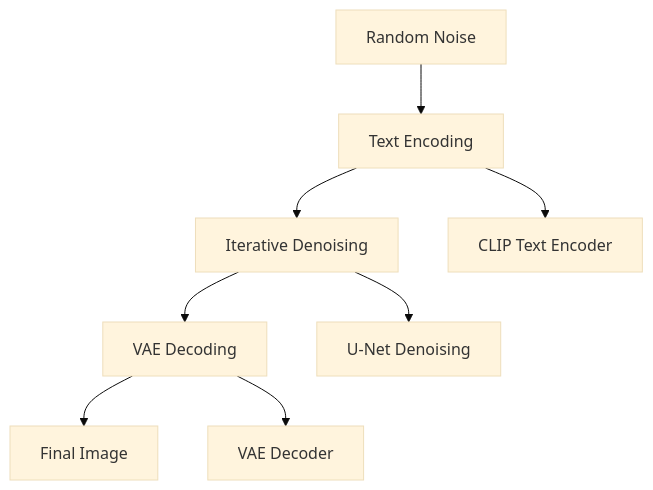
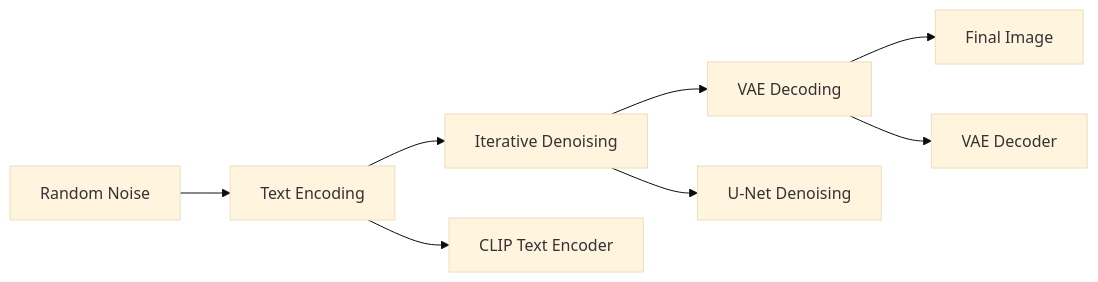
One commit to theja-vanka/blogs changed the diagram in posts/generative-ai/stable-diffusion/index.qmd. Above: the diagram before and after it, drawn with Mermaid (base theme). The commit also changed 144 other files, not shown here.

````diff
--- a/posts/generative-ai/stable-diffusion/index.qmd
+++ b/posts/generative-ai/stable-diffusion/index.qmd
@@ -98,13 +98,14 @@
 ```{mermaid}
 %%| code-fold: true
+%%| echo: false
 
-flowchart TD
+flowchart LR
     A[Random Noise] --> B[Text Encoding]
     B --> C[Iterative Denoising]
     C --> D[VAE Decoding]
     D --> E[Final Image]
     
     B --> F[CLIP Text Encoder]
     C --> G[U-Net Denoising]
     D --> H[VAE Decoder]
 ```
````
